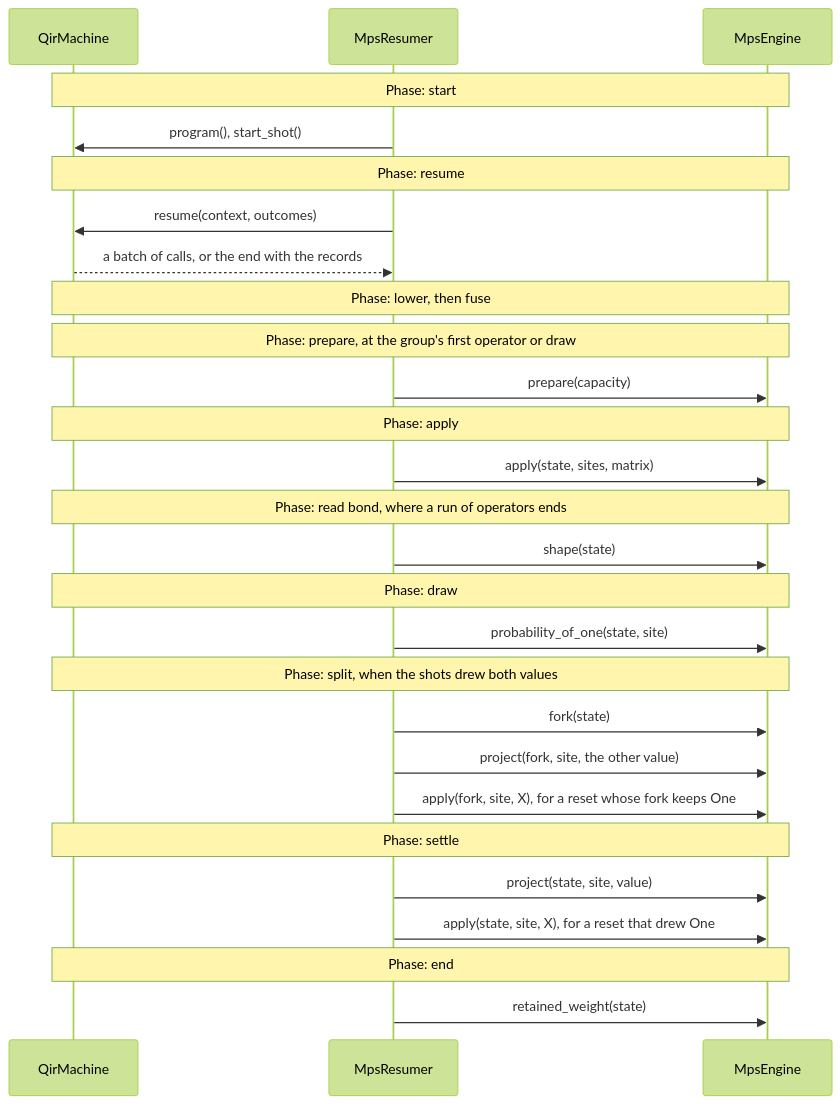
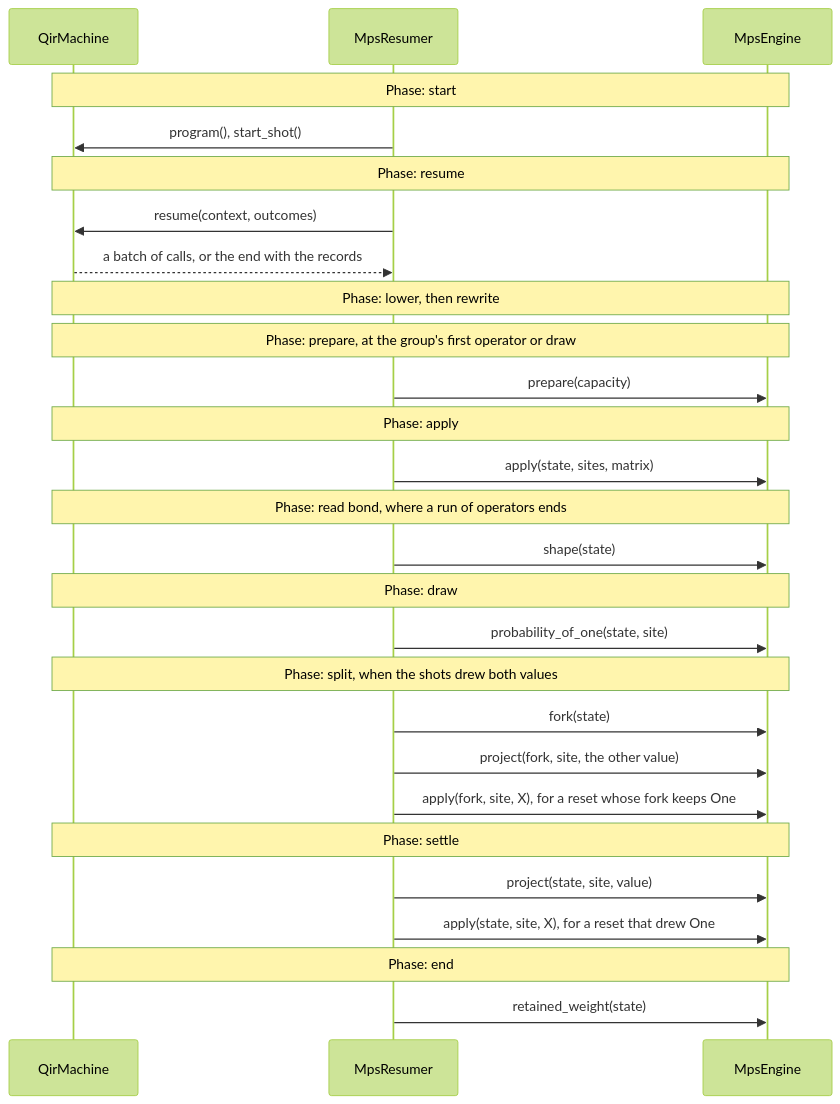
One commit to microsoft/qdk changed the diagram in source/simulators/src/mps_simulator/design.md. Above: the diagram before and after it, drawn with Mermaid (forest theme). The commit also changed other lines of this file and 2 other files, not shown here.

Commit message:
MPS simulator: the README and design notes name the layout, lowering and rewrite phases
The Terms present the three phases the resumer runs as a small compiler
(layout, lowering, rewrite); the start phase chooses the layout, and the
fuse phase becomes the rewrite phase, gate fusion being today's rewrite,
its contract linked to rewrites.rs. The design notes and grouped_run.rs's
header use the same names.

````diff
--- a/source/simulators/src/mps_simulator/design.md
+++ b/source/simulators/src/mps_simulator/design.md
@@ -13,29 +13,29 @@
 ```mermaid
 sequenceDiagram
   participant M as QirMachine
   participant R as MpsResumer
   participant E as MpsEngine
   Note over M,E: Phase: start
   R->>M: program(), start_shot()
   Note over M,E: Phase: resume
   R->>M: resume(context, outcomes)
   M-->>R: a batch of calls, or the end with the records
-  Note over M,E: Phase: lower, then fuse
+  Note over M,E: Phase: lower, then rewrite
   Note over M,E: Phase: prepare, at the group's first operator or draw
   R->>E: prepare(capacity)
   Note over M,E: Phase: apply
   R->>E: apply(state, sites, matrix)
   Note over M,E: Phase: read bond, where a run of operators ends
   R->>E: shape(state)
   Note over M,E: Phase: draw
   R->>E: probability_of_one(state, site)
   Note over M,E: Phase: split, when the shots drew both values
   R->>E: fork(state)
   R->>E: project(fork, site, the other value)
   R->>E: apply(fork, site, X), for a reset whose fork keeps One
   Note over M,E: Phase: settle
   R->>E: project(state, site, value)
   R->>E: apply(state, site, X), for a reset that drew One
   Note over M,E: Phase: end
   R->>E: retained_weight(state)
 ```
````
